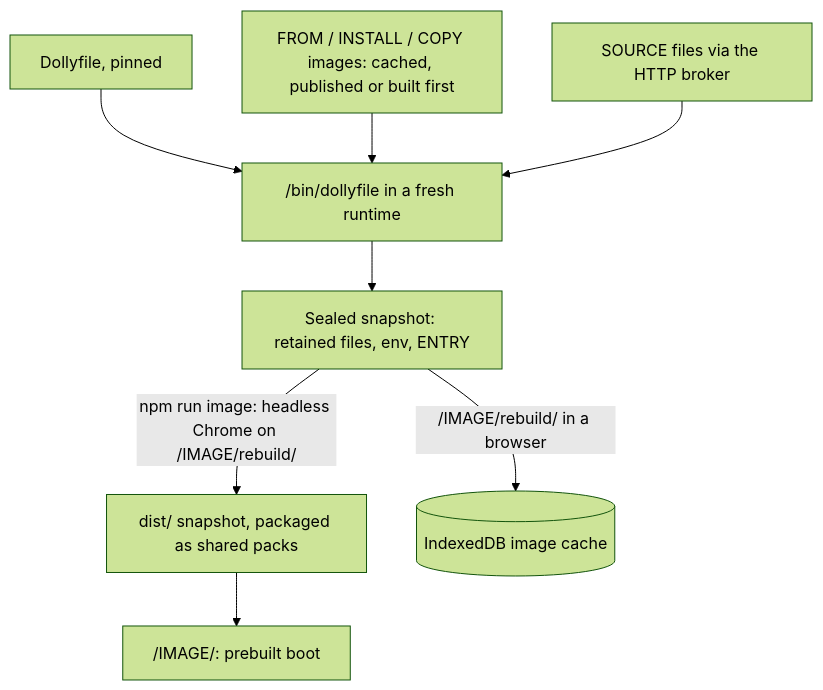
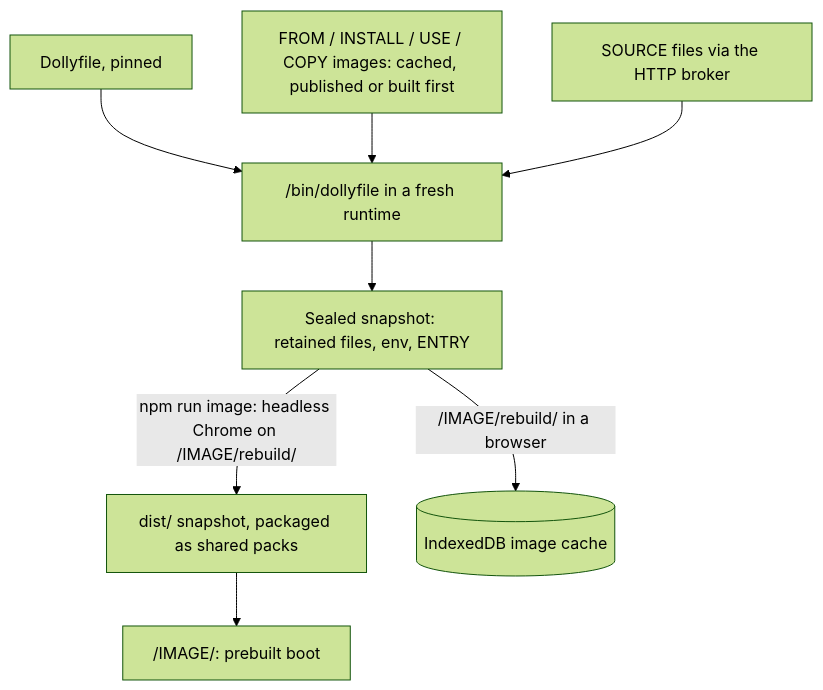
Before and after one commit to daugasauron/dolly: the diagram in docs/dollyfile.md, drawn with Mermaid (forest theme). The commit also changed other lines of this file and 126 other files, not shown here.

````diff
--- a/docs/dollyfile.md
+++ b/docs/dollyfile.md
@@ -346,10 +354,10 @@
 ```mermaid
 flowchart TD
   recipe["Dollyfile, pinned"] --> exec
-  bases["FROM / INSTALL / COPY images: cached, published or built first"] --> exec
+  bases["FROM / INSTALL / USE / COPY images: cached, published or built first"] --> exec
   inputs["SOURCE files via the HTTP broker"] --> exec
   exec["/bin/dollyfile in a fresh runtime"] --> snap["Sealed snapshot: retained files, env, ENTRY"]
   snap -- "npm run image: headless Chrome on /IMAGE/rebuild/" --> packs["dist/ snapshot, packaged as shared packs"]
   snap -- "/IMAGE/rebuild/ in a browser" --> cache[("IndexedDB image cache")]
   packs --> boot["/IMAGE/: prebuilt boot"]
 ```
````
